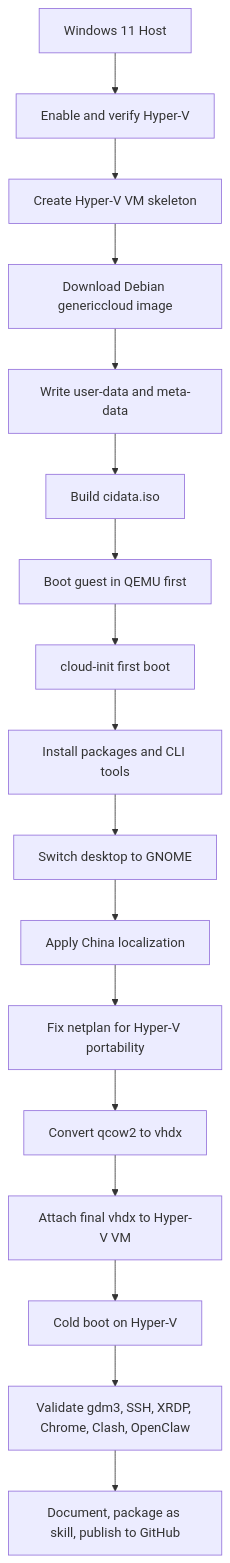
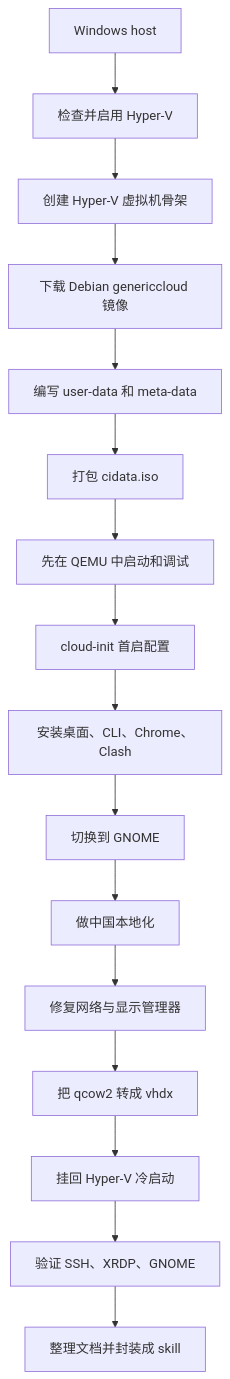
The diagram in README.md (Bahtya/hyperv-debian-openclaw-skill), drawn with Mermaid before and after one commit. The commit also changed other lines of this file, not shown here.

````diff
--- a/README.md
+++ b/README.md
@@ -32,19 +52,18 @@
 ```mermaid
 flowchart TD
-    A[Windows 11 Host] --> B[Enable and verify Hyper-V]
-    B --> C[Create Hyper-V VM skeleton]
-    C --> D[Download Debian genericcloud image]
-    D --> E[Write user-data and meta-data]
-    E --> F[Build cidata.iso]
-    F --> G[Boot guest in QEMU first]
-    G --> H[cloud-init first boot]
-    H --> I[Install packages and CLI tools]
-    I --> J[Switch desktop to GNOME]
-    J --> K[Apply China localization]
-    K --> L[Fix netplan for Hyper-V portability]
-    L --> M[Convert qcow2 to vhdx]
-    M --> N[Attach final vhdx to Hyper-V VM]
-    N --> O[Cold boot on Hyper-V]
-    O --> P[Validate gdm3, SSH, XRDP, Chrome, Clash, OpenClaw]
-    P --> Q[Document, package as skill, publish to GitHub]
+    A[Windows host] --> B[检查并启用 Hyper-V]
+    B --> C[创建 Hyper-V 虚拟机骨架]
+    C --> D[下载 Debian genericcloud 镜像]
+    D --> E[编写 user-data 和 meta-data]
+    E --> F[打包 cidata.iso]
+    F --> G[先在 QEMU 中启动和调试]
+    G --> H[cloud-init 首启配置]
+    H --> I[安装桌面、CLI、Chrome、Clash]
+    I --> J[切换到 GNOME]
+    J --> K[做中国本地化]
+    K --> L[修复网络与显示管理器]
+    L --> M[把 qcow2 转成 vhdx]
+    M --> N[挂回 Hyper-V 冷启动]
+    N --> O[验证 SSH、XRDP、GNOME]
+    O --> P[整理文档并封装成 skill]
 ```
````
